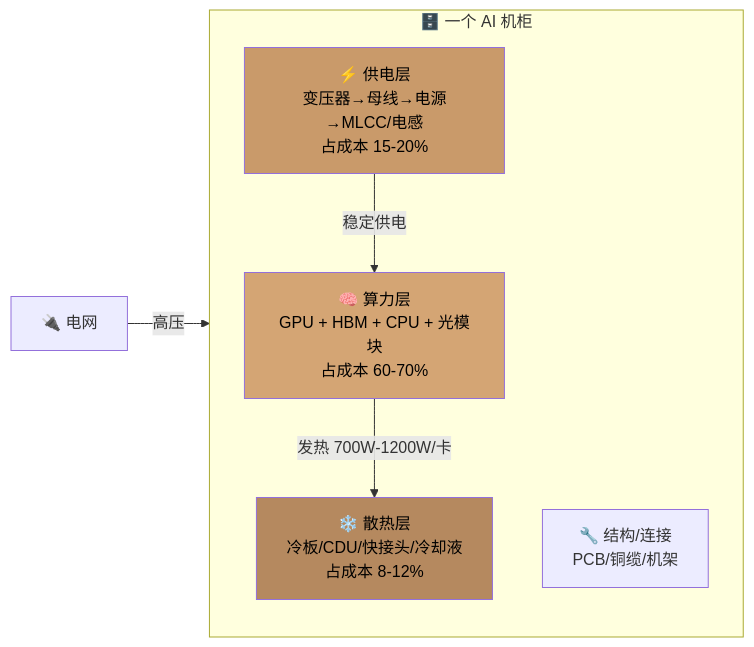
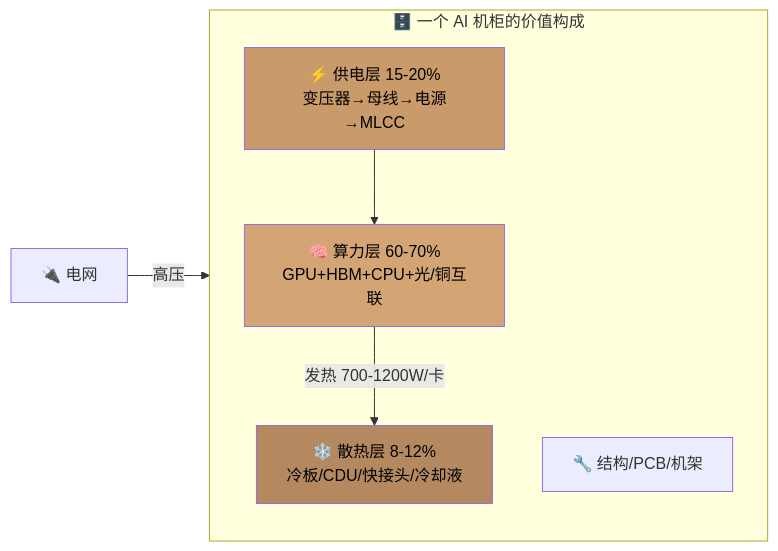
One commit to zhidaqian/understand-anything changed the third of 8 diagrams in docs/ai-supply-chain/README.md. Above: the diagram before and after it, drawn with Mermaid. The commit also changed other lines of this file, not shown here.

````diff
--- a/docs/ai-supply-chain/README.md
+++ b/docs/ai-supply-chain/README.md
@@ -105,18 +135,14 @@
 ```mermaid
 flowchart LR
-    subgraph RACK["🗄️ 一个 AI 机柜"]
+    subgraph RACK["🗄️ 一个 AI 机柜的价值构成"]
         direction TB
-        A["🧠 算力层<br/>GPU + HBM + CPU + 光模块<br/>占成本 60-70%"]
-        B["⚡ 供电层<br/>变压器→母线→电源→MLCC/电感<br/>占成本 15-20%"]
-        C["❄️ 散热层<br/>冷板/CDU/快接头/冷却液<br/>占成本 8-12%"]
-        D["🔧 结构/连接<br/>PCB/铜缆/机架"]
+        A["🧠 算力层 60-70%<br/>GPU+HBM+CPU+光/铜互联"]
+        B["⚡ 供电层 15-20%<br/>变压器→母线→电源→MLCC"]
+        C["❄️ 散热层 8-12%<br/>冷板/CDU/快接头/冷却液"]
+        D["🔧 结构/PCB/机架"]
     end
-
-    Grid["🔌 电网"] -->|高压| B
-    B -->|稳定供电| A
-    A -->|发热 700W-1200W/卡| C
-
+    Grid["🔌 电网"] -->|高压| B --> A -->|发热 700-1200W/卡| C
     style A fill:#d4a574,color:#000
     style B fill:#c99a6a,color:#000
     style C fill:#b5895f,color:#000
 ```
````
